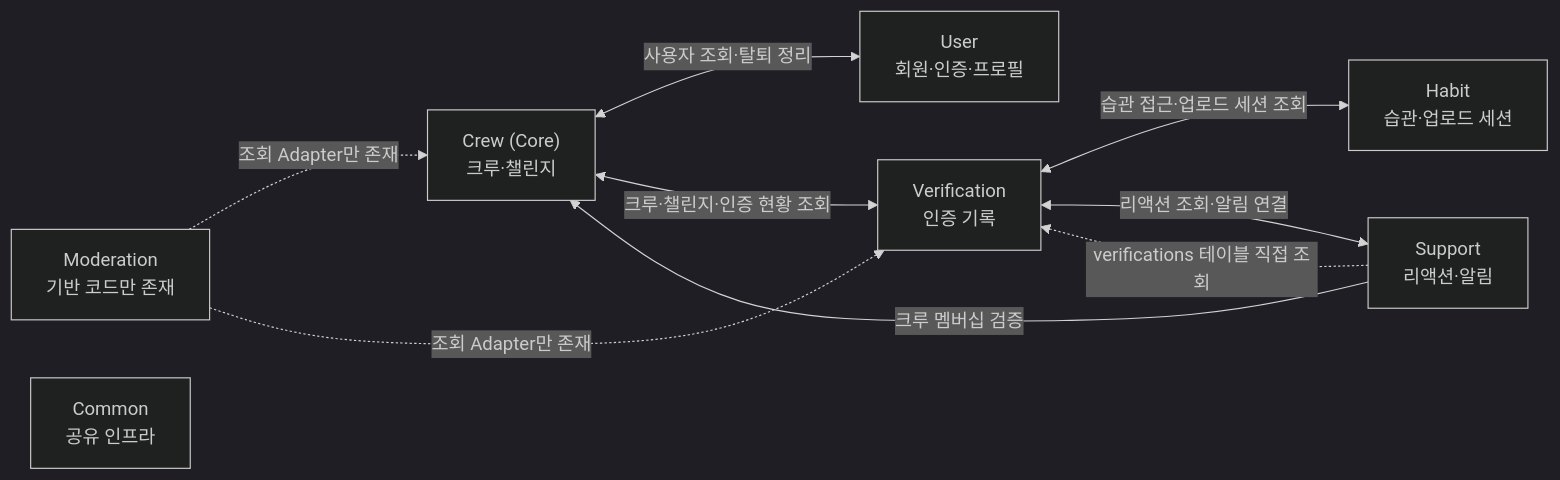
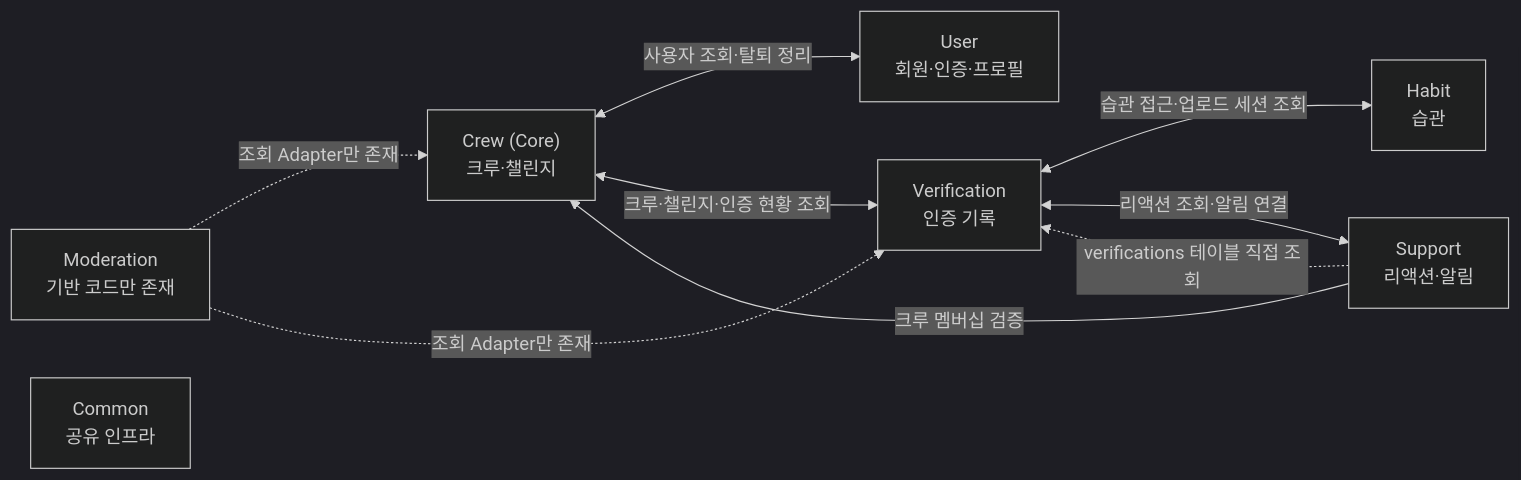
Before and after one commit to JianYang98/TriAgain: the diagram in docs/spec/context-map.md, drawn with Mermaid (dark theme). The commit also changed 2 other files, not shown here.

Commit message:
docs: split EXPIRED from success flow, fix Habit node in context map
리뷰 재지적 2건 반영.

- EXPIRED가 성공 인증 흐름에 섞여 있었다. 82d773a에서 종료 판정에 EXPIRED를
  추가하면서 "COMPLETED 또는 EXPIRED 확인 → POST /verifications" 순서가 되어,
  만료 세션도 인증 생성으로 이어지는 것처럼 읽혔다.
  실제로는 CreateVerificationService와 CreateHabitVerificationService가
  UPLOAD_SESSION_EXPIRED(400, V006)를 던진다.
  api-spec.md 개요와 sequence/verification.md 다이어그램을 COMPLETED 성공 분기와
  EXPIRED 종료 분기로 나눈다.
- context-map.md의 표에서만 UploadSession 소유를 Verification으로 옮기고
  mermaid 노드 라벨은 Habit·업로드 세션으로 남아 있어 같은 파일 안에서 충돌했다.
  CreateUploadSessionService·CompleteUploadSessionService 모두
  verification.application에 있으므로 노드 라벨에서 업로드 세션을 제거한다.

````diff
--- a/docs/spec/context-map.md
+++ b/docs/spec/context-map.md
@@ -9,19 +9,19 @@
 ```mermaid
 flowchart LR
     User["User<br/>회원·인증·프로필"]
     Crew["Crew (Core)<br/>크루·챌린지"]
     Verification["Verification<br/>인증 기록"]
-    Habit["Habit<br/>습관·업로드 세션"]
+    Habit["Habit<br/>습관"]
     Support["Support<br/>리액션·알림"]
     Moderation["Moderation<br/>기반 코드만 존재"]
     Common["Common<br/>공유 인프라"]
 
     Crew <-->|"사용자 조회·탈퇴 정리"| User
     Crew <-->|"크루·챌린지·인증 현황 조회"| Verification
     Verification <-->|"습관 접근·업로드 세션 조회"| Habit
     Verification <-->|"리액션 조회·알림 연결"| Support
     Support -->|"크루 멤버십 검증"| Crew
     Support -.->|"verifications 테이블 직접 조회"| Verification
     Moderation -.->|"조회 Adapter만 존재"| Crew
     Moderation -.->|"조회 Adapter만 존재"| Verification
 ```
````
